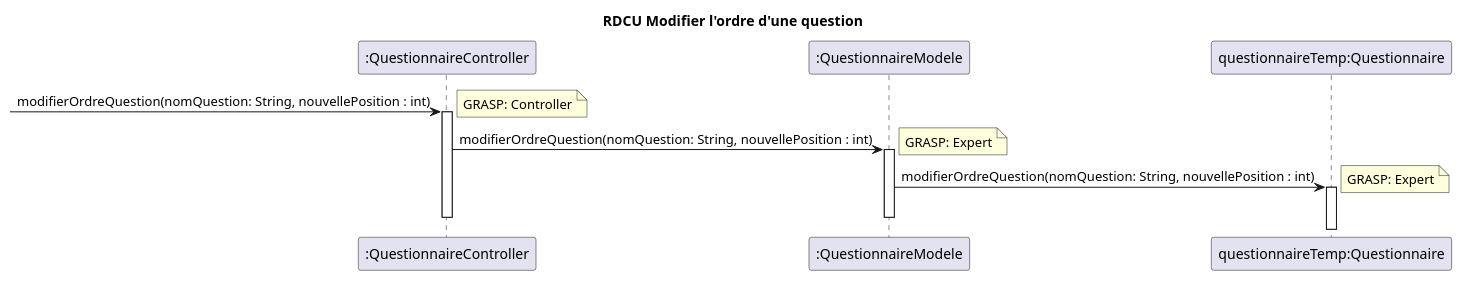
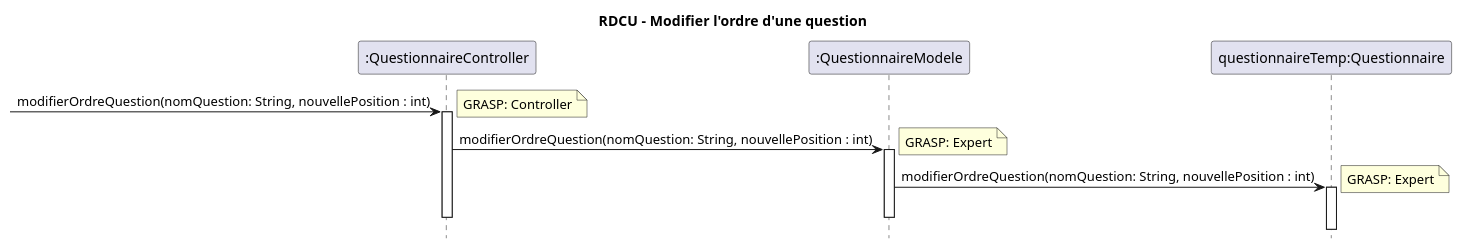
One commit to xMrYahya/moodle-clone changed the diagram in docs/modeles/cu05/rdcu-modifier-ordre-questions.puml. Above: the diagram before and after it, drawn with PlantUML. The commit also changed 20 other files, not shown here.

```diff
--- a/docs/modeles/cu05/rdcu-modifier-ordre-questions.puml
+++ b/docs/modeles/cu05/rdcu-modifier-ordre-questions.puml
@@ -1,18 +1,19 @@
 @startuml
-title RDCU Modifier l'ordre d'une question
+hide footbox
+title RDCU - Modifier l'ordre d'une question
 
 participant ":QuestionnaireController" as controller
 participant ":QuestionnaireModele" as questionnaireModele
 participant "questionnaireTemp:Questionnaire" as temp
 
 -> controller : modifierOrdreQuestion(nomQuestion: String, nouvellePosition : int)
 note right: GRASP: Controller
 activate controller
 controller -> questionnaireModele ++: modifierOrdreQuestion(nomQuestion: String, nouvellePosition : int)
 note right: GRASP: Expert
 questionnaireModele -> temp ++: modifierOrdreQuestion(nomQuestion: String, nouvellePosition : int)
 note right: GRASP: Expert
 deactivate questionnaireModele
 deactivate controller
 
 @enduml
```
